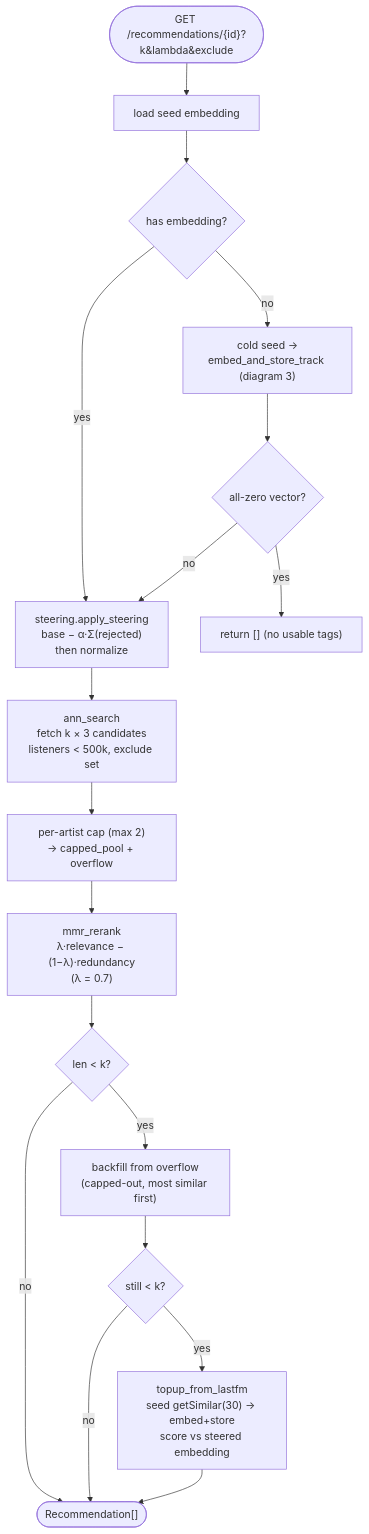
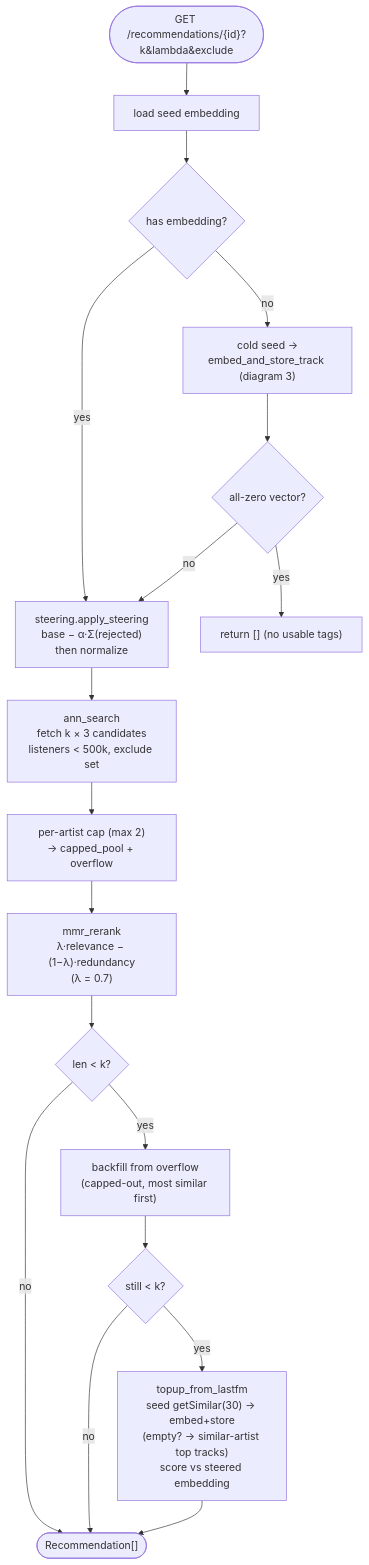
Before and after one commit to pedro-boudoux/discover: the sixth of 10 diagrams in ARCHITECTURE.md, drawn with Mermaid. The commit also changed 3 other files, not shown here.

First line of the commit message:
Extend similar-artist cold-start fallback to the recommendations top-up

````diff
--- a/ARCHITECTURE.md
+++ b/ARCHITECTURE.md
@@ -221,22 +221,22 @@
 ```mermaid
 flowchart TD
     req(["GET /recommendations/{id}?k&lambda&exclude"]) --> emb["load seed embedding"]
     emb --> none{"has embedding?"}
     none -->|no| cold["cold seed →<br/>embed_and_store_track (diagram 3)"]
     none -->|yes| steer
     cold --> zero{"all-zero vector?"}
     zero -->|yes| empty["return [] (no usable tags)"]
     zero -->|no| steer["steering.apply_steering<br/>base − α·Σ(rejected)<br/>then normalize"]
 
     steer --> pool["ann_search<br/>fetch k × 3 candidates<br/>listeners < 500k, exclude set"]
     pool --> cap["per-artist cap (max 2)<br/>→ capped_pool + overflow"]
     cap --> mmr["mmr_rerank<br/>λ·relevance − (1−λ)·redundancy<br/>(λ = 0.7)"]
 
     mmr --> short1{"len < k?"}
     short1 -->|yes| backfill["backfill from overflow<br/>(capped-out, most similar first)"]
     short1 -->|no| out
     backfill --> short2{"still < k?"}
-    short2 -->|yes| topup["topup_from_lastfm<br/>seed getSimilar(30) → embed+store<br/>score vs steered embedding"]
+    short2 -->|yes| topup["topup_from_lastfm<br/>seed getSimilar(30) → embed+store<br/>(empty? → similar-artist top tracks)<br/>score vs steered embedding"]
     short2 -->|no| out
     topup --> out(["Recommendation[]"])
 ```
````
